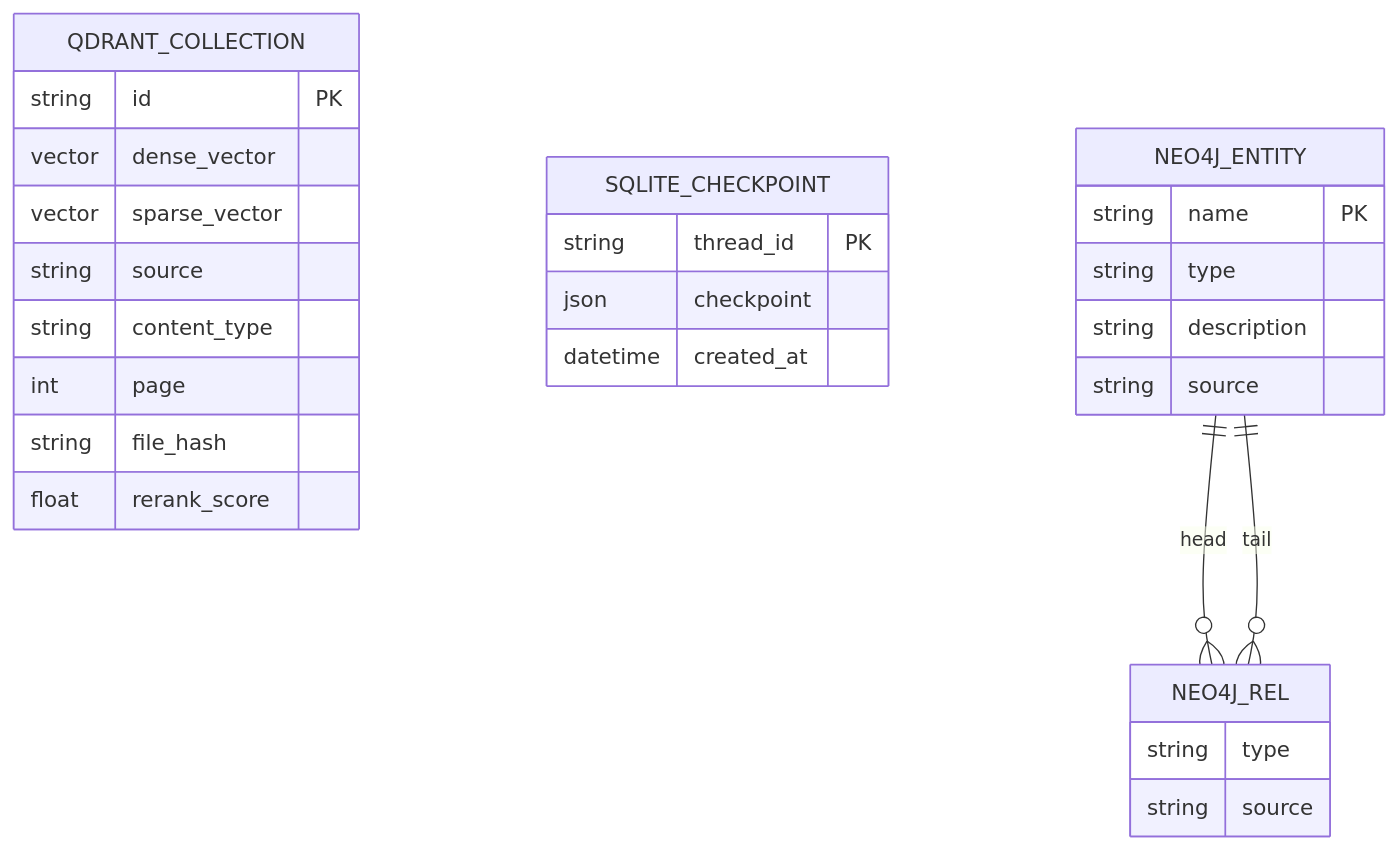
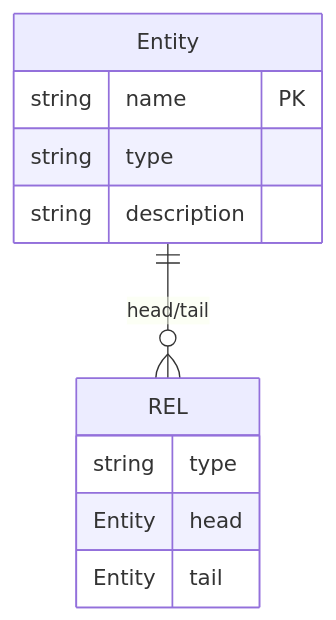
One commit to asfhkkkvh/agent changed diagram 14 of 16 in docs/omnirag_learning_doc.md. Above: the diagram before and after it, drawn with Mermaid. The commit also changed other lines of this file and 23 other files, not shown here.

First line of the commit message:
feat: LLM 迁移智谱 GLM + 移除知识图谱 + RAGAS 改轻量评估

````diff
--- a/docs/omnirag_learning_doc.md
+++ b/docs/omnirag_learning_doc.md
@@ -1014,30 +1382,14 @@
 ```mermaid
 erDiagram
-    QDRANT_COLLECTION {
-        string id PK
-        vector dense_vector
-        vector sparse_vector
-        string source
-        string content_type
-        int page
-        string file_hash
-        float rerank_score
-    }
-    SQLITE_CHECKPOINT {
-        string thread_id PK
-        json checkpoint
-        datetime created_at
-    }
-    NEO4J_ENTITY {
+    Entity ||--o{ REL : "head/tail"
+    Entity {
         string name PK
         string type
         string description
-        string source
     }
-    NEO4J_REL {
+    REL {
         string type
-        string source
+        Entity head
+        Entity tail
     }
-    NEO4J_ENTITY ||--o{ NEO4J_REL : head
-    NEO4J_ENTITY ||--o{ NEO4J_REL : tail
 ```
````
